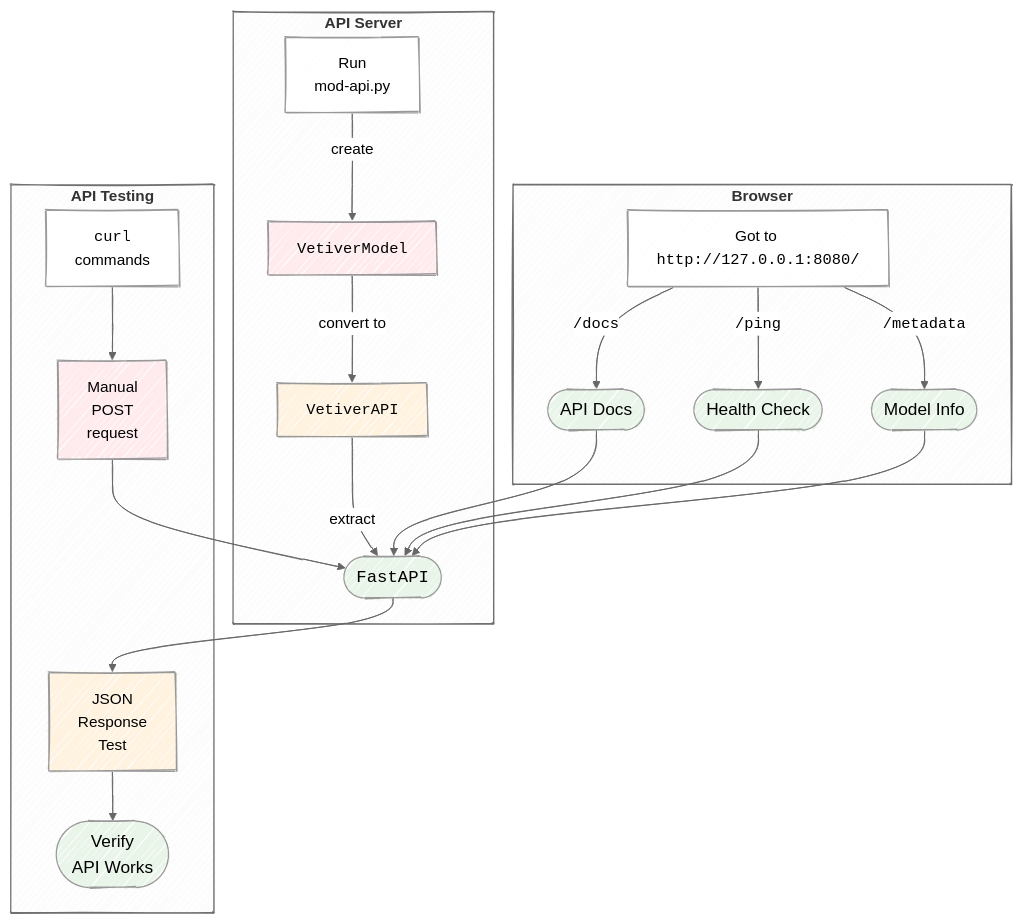
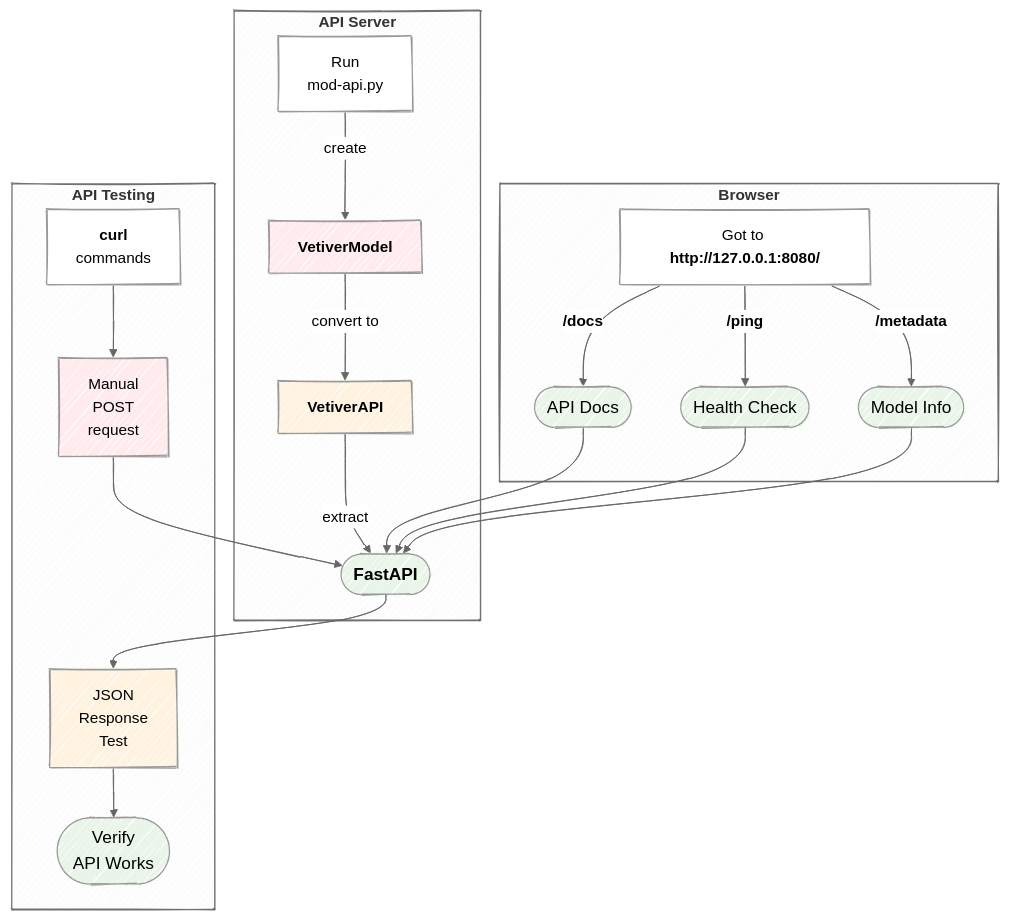
Before and after one commit to mjfrigaard/do4ds-labs: the third of 7 diagrams in py-app-api.qmd, drawn with Mermaid. The commit also changed other lines of this file and 34 other files, not shown here.

Commit message:
updates to mermaid

````diff
--- a/py-app-api.qmd
+++ b/py-app-api.qmd
@@ -429,53 +430,54 @@
 ```{mermaid}
 %%| fig-cap: 'Vetiver API creation & testing'
 %%| fig-align: center
 %%{init: {'theme': 'neutral', 'look': 'handDrawn', 'themeVariables': { 'fontFamily': 'monospace'}}}%%
+
 graph TD
     subgraph T1["<strong>API Server</strong>"]
-        RunApi["Run<br>mod-api.py"] --"create"--> VetMod["<code>VetiverModel</code>"]
-        VetMod --"convert to"--> VetAPI["<code>VetiverAPI</code>"]
-        VetAPI --"extract"--> FastAPI(["<code>FastAPI</code>"])
+        RunApi["Run<br>mod-api.py"] --"create"--> VetMod["<strong>VetiverModel</strong>"]
+        VetMod --"convert to"--> VetAPI["<strong>VetiverAPI</strong>"]
+        VetAPI --"extract"--> FastAPI(["<strong>FastAPI</strong>"])
     end
     
     subgraph T2["<strong>API Testing</strong>"]
-        Curl["<code>curl</code><br>commands"] --> ManPostReq["Manual<br>POST<br>request"]
+        Curl["<strong>curl</strong><br>commands"] --> ManPostReq["Manual<br>POST<br>request"]
         ManPostReq --> FastAPI
         FastAPI --> JSONReq["JSON<br>Response<br>Test"]
         JSONReq --> VerAPI(["Verify<br>API Works"])
     end
     
    subgraph Browse["<strong>Browser</strong>"]
-        Http["`Got to <code>http://</code><code>127.0.0.1:8080/</code>`"] --"<code>/docs</code>"--> Docs(["API Docs"])
-        Http --"<code>/ping</code>"--> Health(["Health Check"])
-        Http --"<code>/metadata</code>"--> Info(["Model Info"])
+        Http["`Got to <strong>http://</strong><strong>127.0.0.1:8080/</strong>`"] --"<strong>/docs</strong>"--> Docs(["API Docs"])
+        Http --"<strong>/ping</strong>"--> Health(["Health Check"])
+        Http --"<strong>/metadata</strong>"--> Info(["Model Info"])
         Docs & Health & Info --> FastAPI
     end
 
     style Http fill:#FFF,color:#000,rx:20,ry:20,font-size:16px
     style RunApi fill:#FFF,color:#000,rx:20,ry:20,font-size:16px
     style Curl fill:#FFF,color:#000,rx:20,ry:20,font-size:16px
     
     style VetMod fill:#ffebee
     style ManPostReq fill:#ffebee
 
     style JSONReq fill:#fff3e0
     style VetAPI fill:#fff3e0
     
     style VerAPI fill:#e8f5e8,font-size:18px
     style FastAPI fill:#e8f5e8,font-size:18px
     style Docs fill:#e8f5e8,font-size:18px
     style Health fill:#e8f5e8,font-size:18px
     style Info fill:#e8f5e8,font-size:18px
 
     %% subgraph T3["<strong>Shiny App</strong>"]
     %%     RunApp["Run<br>app-api.py"] --> UI["User<br>Interface"]
     %%     UI --> HttpPostReq["HTTP<br>POST<br>Request"]
     %%     HttpPostReq --> FastAPI
     %%     FastAPI --> JSONResp["JSON<br>Response"]
     %%     JSONResp --> DispPred["Display<br>Prediction"]
     %% end
 
     %% style RunApp fill:#FFF,color:#000,rx:20,ry:20,font-size:16px 
     %% style HttpPostReq fill:#e1f5fe
     %% style DispPred fill:#f3e5f5
 ```
````
